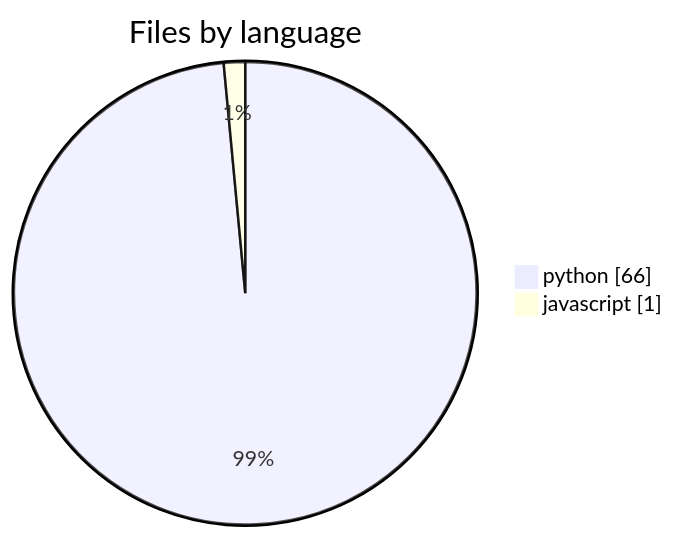
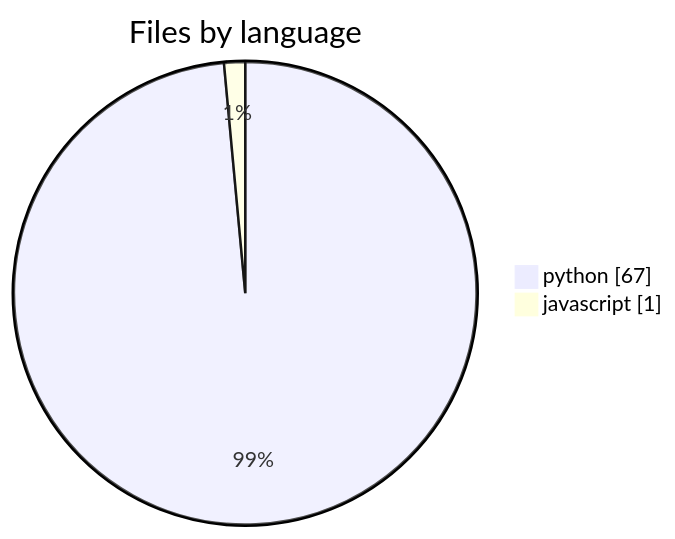
One commit to wolframs/jspace-probes changed the first of 5 diagrams in .mentis/context/languages.md. Above: the diagram before and after it, drawn with Mermaid. The commit also changed other lines of this file and 59 other files, not shown here.

````diff
--- a/.mentis/context/languages.md
+++ b/.mentis/context/languages.md
@@ -15,5 +15,5 @@
 ```mermaid
 pie showData title Files by language
-    "python" : 66
+    "python" : 67
     "javascript" : 1
 ```
````
